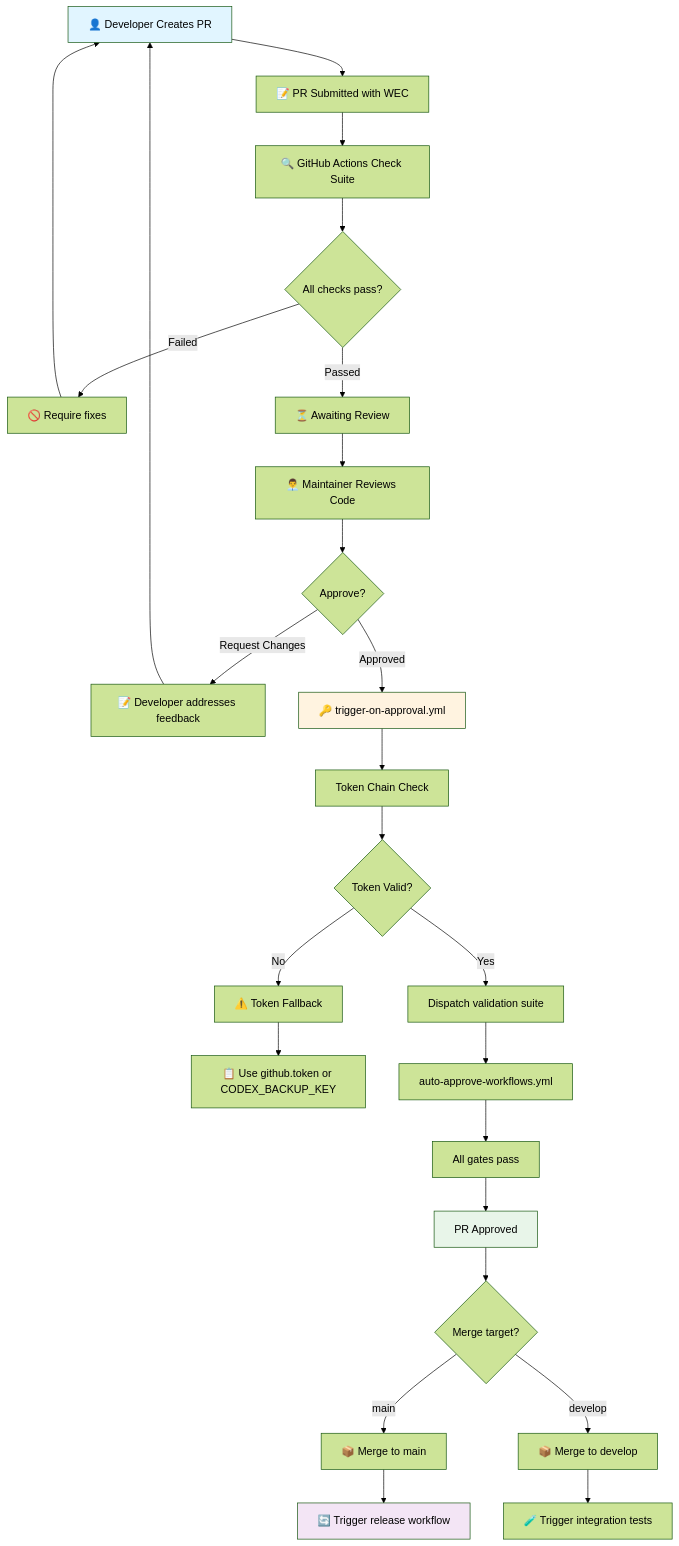
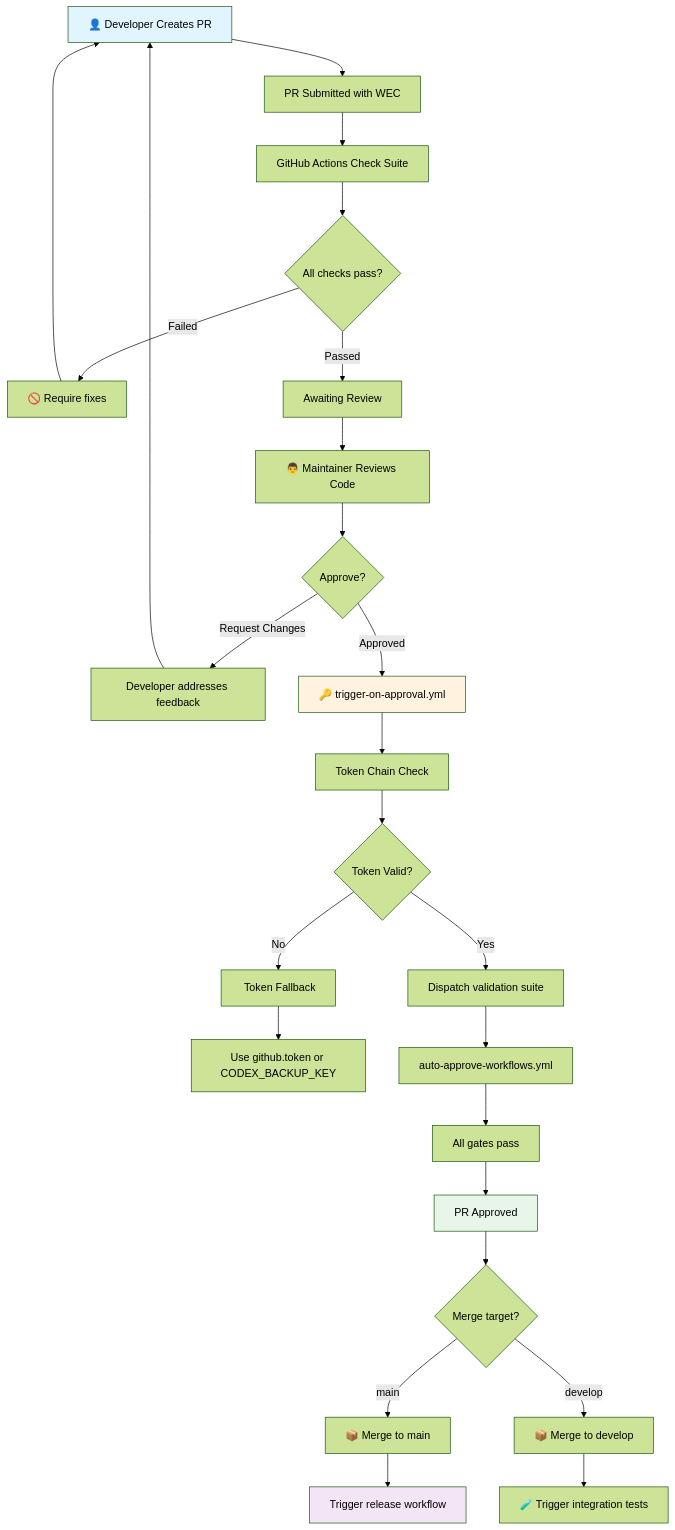
The first of 2 diagrams in docs/security/RBAC_AND_APPROVAL_CHAINS.md (Aries-Serpent/_codex_), drawn with Mermaid (forest theme) before and after one commit. The commit also changed other lines of this file and 1989 other files, not shown here.

````diff
--- a/docs/security/RBAC_AND_APPROVAL_CHAINS.md
+++ b/docs/security/RBAC_AND_APPROVAL_CHAINS.md
@@ -168,40 +168,40 @@
 ```mermaid
 graph TD
-    A["👤 Developer Creates PR"] --> B["📝 PR Submitted with WEC"]
-    B --> C["🔍 GitHub Actions Check Suite"]
+    A["👤 Developer Creates PR"] --> B[" PR Submitted with WEC"]
+    B --> C[" GitHub Actions Check Suite"]
     C --> D{All checks pass?}
     
     D -->| Failed| E["🚫 Require fixes"]
     E --> A
     
-    D -->| Passed| F["⏳ Awaiting Review"]
-    F --> G["👨‍💼 Maintainer Reviews Code"]
+    D -->| Passed| F[" Awaiting Review"]
+    F --> G["👨‍ Maintainer Reviews Code"]
     G --> H{Approve?}
     
-    H -->| Request Changes| I["📝 Developer addresses feedback"]
+    H -->| Request Changes| I[" Developer addresses feedback"]
     I --> A
     
     H -->| Approved| J["🔑 trigger-on-approval.yml"]
     J --> K[" Token Chain Check"]
     K --> L{Token Valid?}
     
-    L -->| No| M["⚠️ Token Fallback"]
-    M --> N["📋 Use github.token or CODEX_BACKUP_KEY"]
+    L -->| No| M["️ Token Fallback"]
+    M --> N[" Use github.token or CODEX_BACKUP_KEY"]
     
     L -->| Yes| O[" Dispatch validation suite"]
     O --> P["auto-approve-workflows.yml"]
     P --> Q[" All gates pass"]
     Q --> R[" PR Approved"]
     R --> S{Merge target?}
     
     S -->|main| T["📦 Merge to main"]
-    T --> U["🔄 Trigger release workflow"]
+    T --> U[" Trigger release workflow"]
     
     S -->|develop| V["📦 Merge to develop"]
     V --> W["🧪 Trigger integration tests"]
     
     style A fill:#e1f5ff
     style J fill:#fff3e0
     style R fill:#e8f5e9
     style U fill:#f3e5f5
 ```
````
